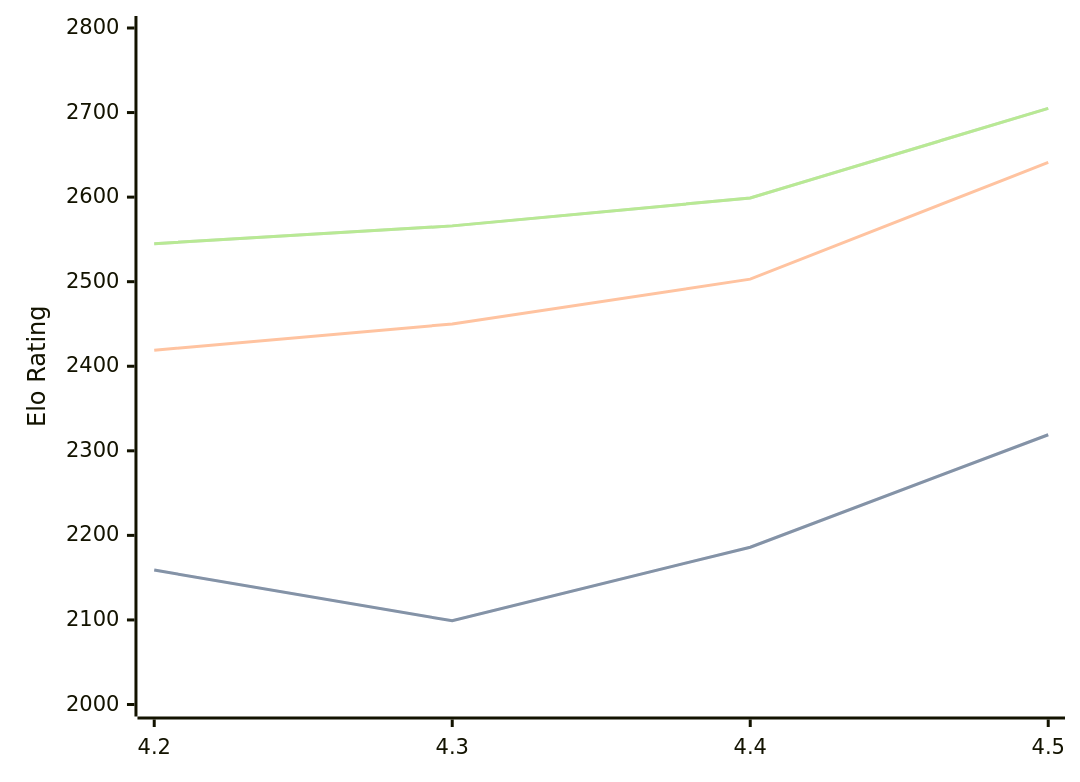
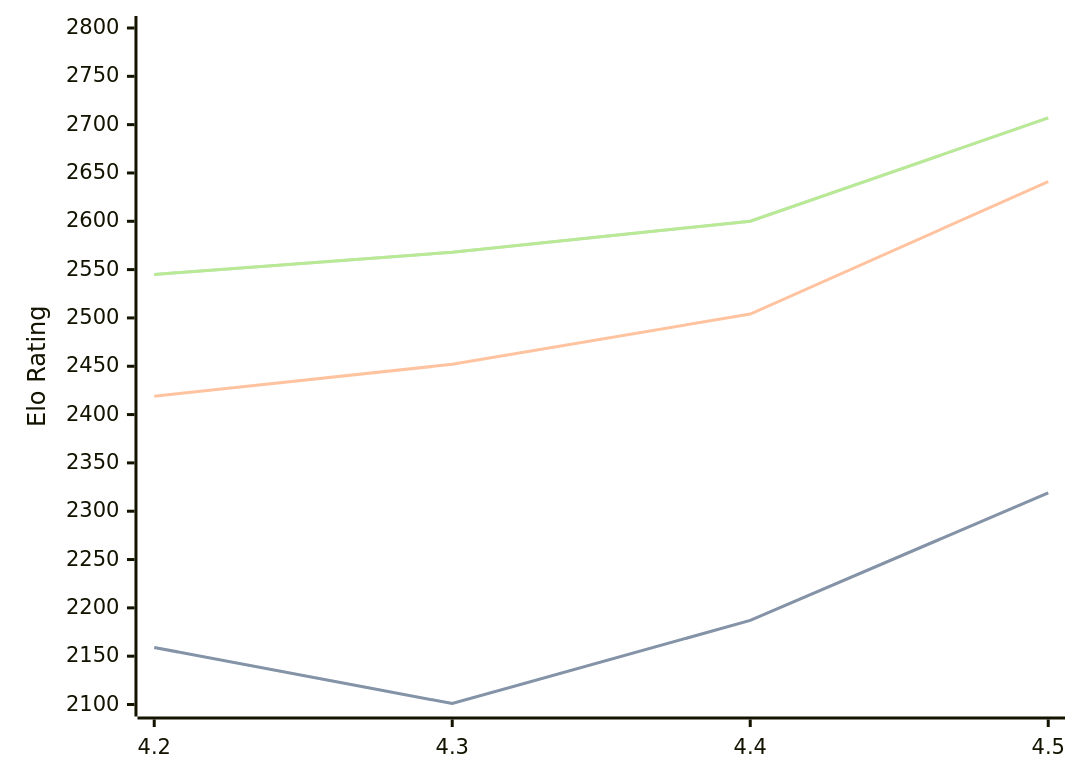
Before and after one commit to computer-chess-index/cci: the diagram in engines/Eubos.md, drawn with Mermaid. The commit also changed other lines of this file, not shown here.

Commit message:
Update CCI Ratings (ELO VLTC) - 2026-08-29

````diff
--- a/engines/Eubos.md
+++ b/engines/Eubos.md
@@ -34,11 +34,11 @@
 ```mermaid
 %%{init: {"theme":"base","themeVariables":{"seriesColors:['#a3a3a3','#222221','#faa371']}}}%%
 xychart-beta
   x-axis ["4.2", "4.3", "4.4", "4.5"]
-  y-axis "Elo Rating" 2000 --> 2800
-  line "" [2159, 2099, 2186, 2319]
-  line "STC (8.0+0.08s)" [2159, 2099, 2186, 2319]
-  line "LTC (60.0+0.60s)" [2419, 2450, 2503, 2641]
-  line "" [2545, 2566, 2599, 2705]
-  line "VLTC (2m24s+1.12s)" [2545, 2566, 2599, 2705]
+  y-axis "Elo Rating" 2100 --> 2800
+  line "" [2159, 2101, 2187, 2319]
+  line "STC (8.0+0.08s)" [2159, 2101, 2187, 2319]
+  line "LTC (60.0+0.60s)" [2419, 2452, 2504, 2641]
+  line "" [2545, 2568, 2600, 2707]
+  line "VLTC (2m24s+1.12s)" [2545, 2568, 2600, 2707]
 ```
````
